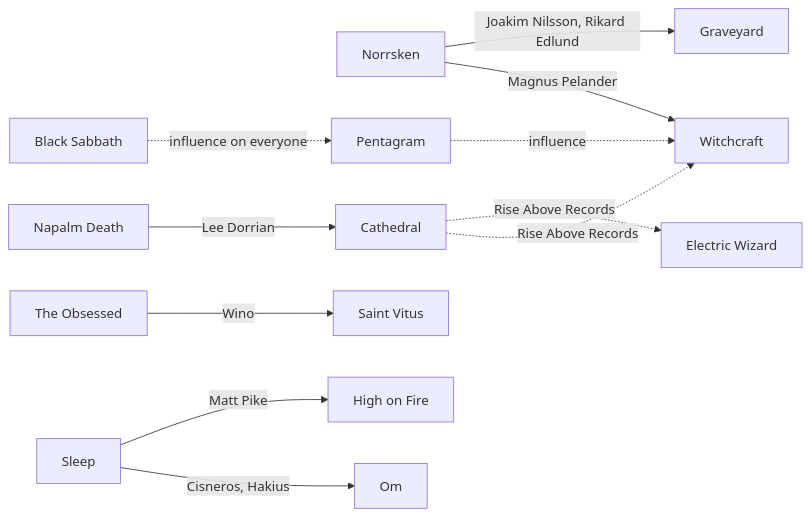
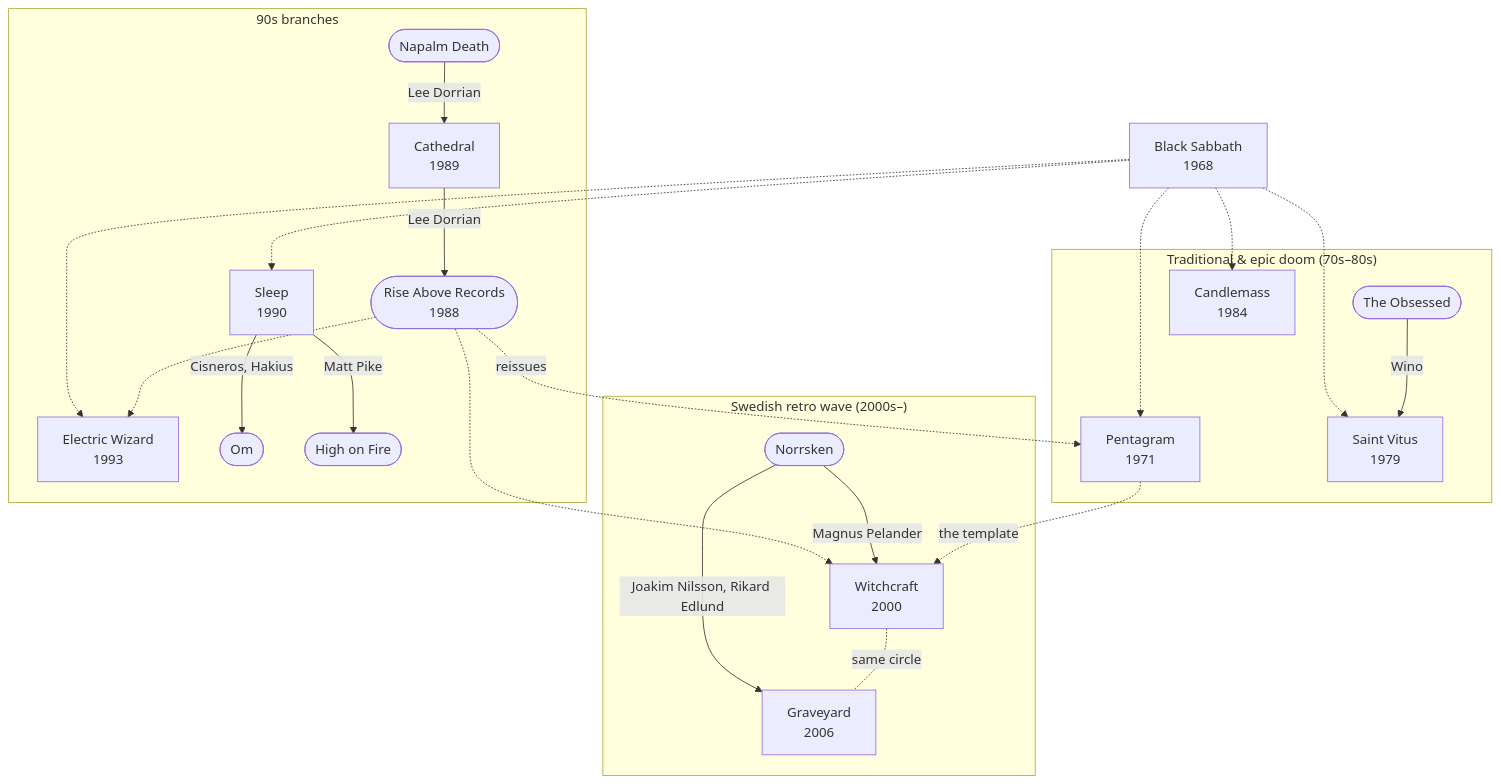
Before and after one commit to zrrbite/music-scenes: the diagram in doom/connections.md, drawn with Mermaid. The commit also changed other lines of this file and 15 other files, not shown here.

````diff
--- a/doom/connections.md
+++ b/doom/connections.md
@@ -26,13 +9,42 @@
 ```mermaid
-flowchart LR
-    NOR[Norrsken] -- "Magnus Pelander" --> WC[Witchcraft]
-    NOR -- "Joakim Nilsson, Rikard Edlund" --> GY[Graveyard]
-    ND[Napalm Death] -- "Lee Dorrian" --> CAT[Cathedral]
-    CAT -. "Rise Above Records" .-> WC
-    CAT -. "Rise Above Records" .-> EW[Electric Wizard]
-    PEN[Pentagram] -. "influence" .-> WC
-    OBS[The Obsessed] -- "Wino" --> SV[Saint Vitus]
-    SLP[Sleep] -- "Cisneros, Hakius" --> OM[Om]
-    SLP -- "Matt Pike" --> HOF[High on Fire]
-    BS[Black Sabbath] -. "influence on everyone" .-> PEN
+flowchart TD
+    BS["Black Sabbath<br/>1968"]
+    subgraph CULT["Traditional & epic doom (70s–80s)"]
+        PEN["Pentagram<br/>1971"]
+        OBS(["The Obsessed"])
+        SV["Saint Vitus<br/>1979"]
+        CAN["Candlemass<br/>1984"]
+    end
+    subgraph NINE["90s branches"]
+        ND(["Napalm Death"])
+        CAT["Cathedral<br/>1989"]
+        RA(["Rise Above Records<br/>1988"])
+        SLP["Sleep<br/>1990"]
+        EW["Electric Wizard<br/>1993"]
+        OM(["Om"])
+        HOF(["High on Fire"])
+    end
+    subgraph SWE["Swedish retro wave (2000s–)"]
+        NOR(["Norrsken"])
+        WC["Witchcraft<br/>2000"]
+        GY["Graveyard<br/>2006"]
+    end
+
+    BS -.-> PEN
+    BS -.-> SV
+    BS -.-> CAN
+    BS -.-> SLP
+    BS -.-> EW
+    OBS -- "Wino" --> SV
+    ND -- "Lee Dorrian" --> CAT
+    CAT -- "Lee Dorrian" --> RA
+    RA -.-> EW
+    RA -.-> WC
+    RA -. "reissues" .-> PEN
+    SLP -- "Cisneros, Hakius" --> OM
+    SLP -- "Matt Pike" --> HOF
+    NOR -- "Magnus Pelander" --> WC
+    NOR -- "Joakim Nilsson, Rikard Edlund" --> GY
+    PEN -. "the template" .-> WC
+    WC -. "same circle" .- GY
 ```
````
